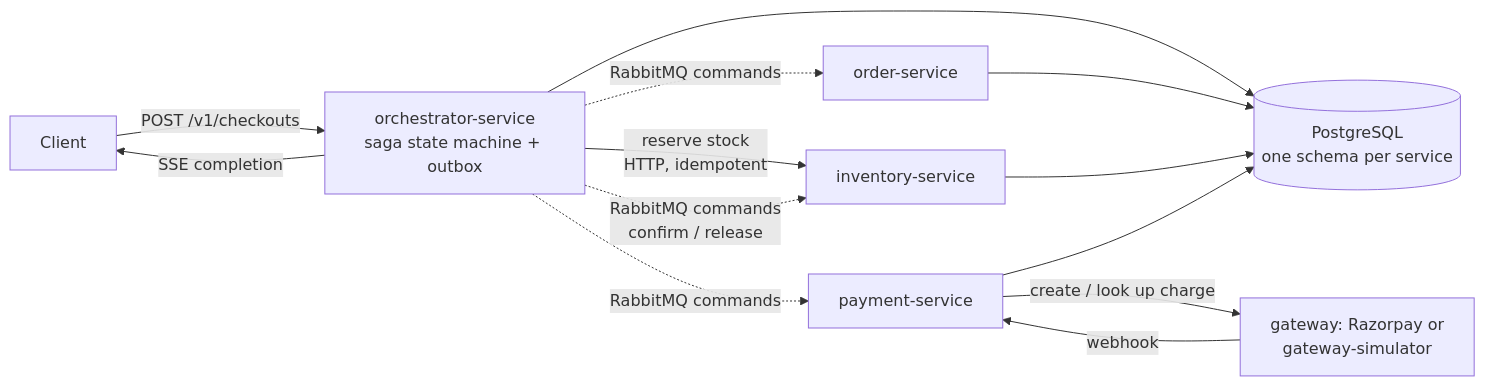
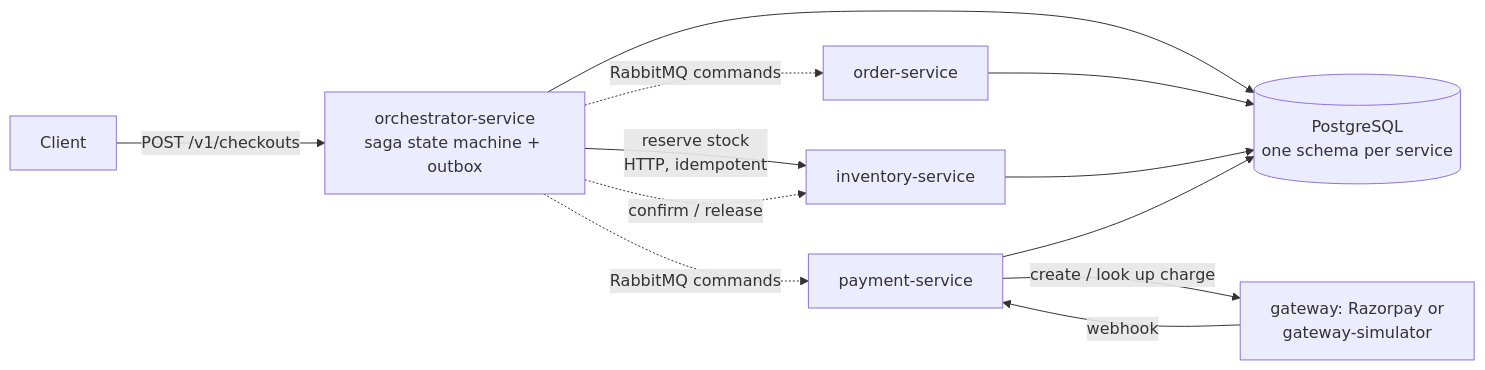
Before and after one commit to chrisfonseca8/distri: the diagram in README.md, drawn with Mermaid. The commit also changed other lines of this file, not shown here.

````diff
--- a/README.md
+++ b/README.md
@@ -21,15 +57,14 @@
 ```mermaid
 flowchart LR
     C[Client] -->|POST /v1/checkouts| O[orchestrator-service<br/>saga state machine + outbox]
     O -->|reserve stock<br/>HTTP, idempotent| I[inventory-service]
-    O -. RabbitMQ commands<br/>confirm / release .-> I
     O -. RabbitMQ commands .-> R[order-service]
     O -. RabbitMQ commands .-> P[payment-service]
+    O -. confirm / release .-> I
     P -->|create / look up charge| G[gateway: Razorpay or<br/>gateway-simulator]
     G -->|webhook| P
     O --> DB[(PostgreSQL<br/>one schema per service)]
     R --> DB
     I --> DB
     P --> DB
-    O -->|SSE completion| C
 ```
````
